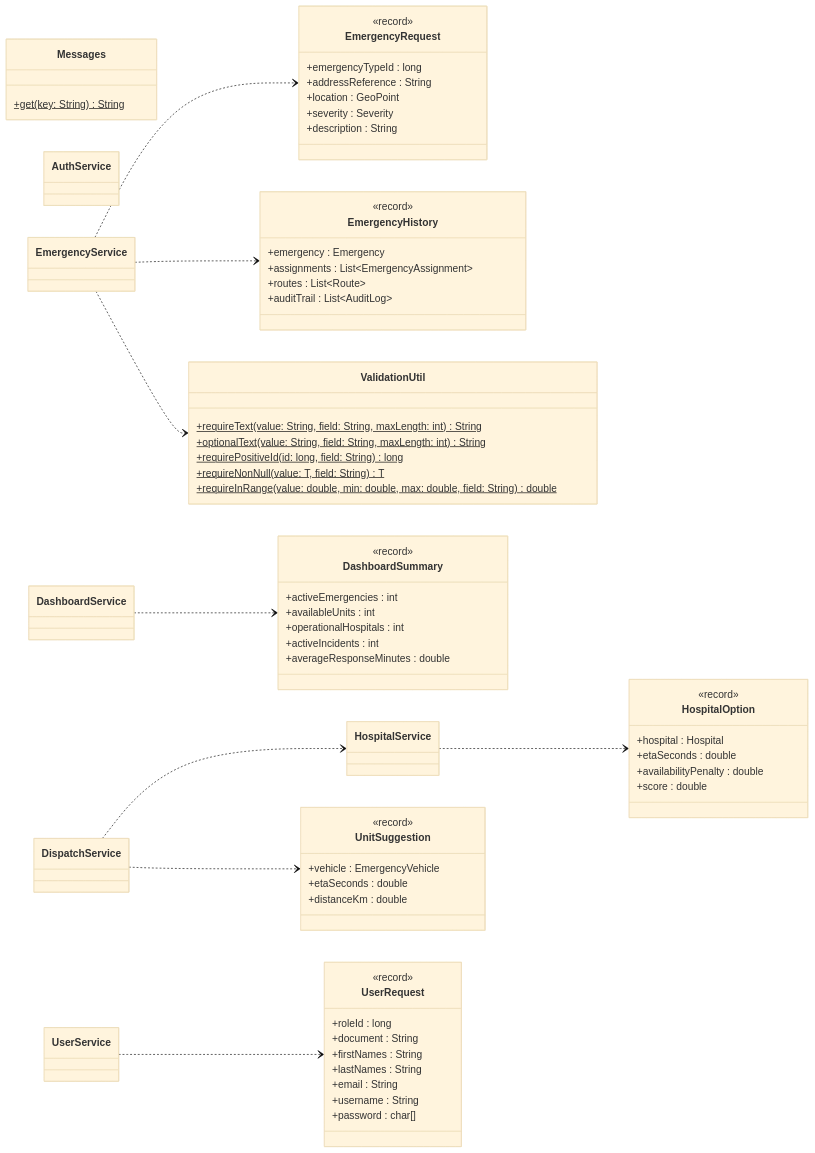
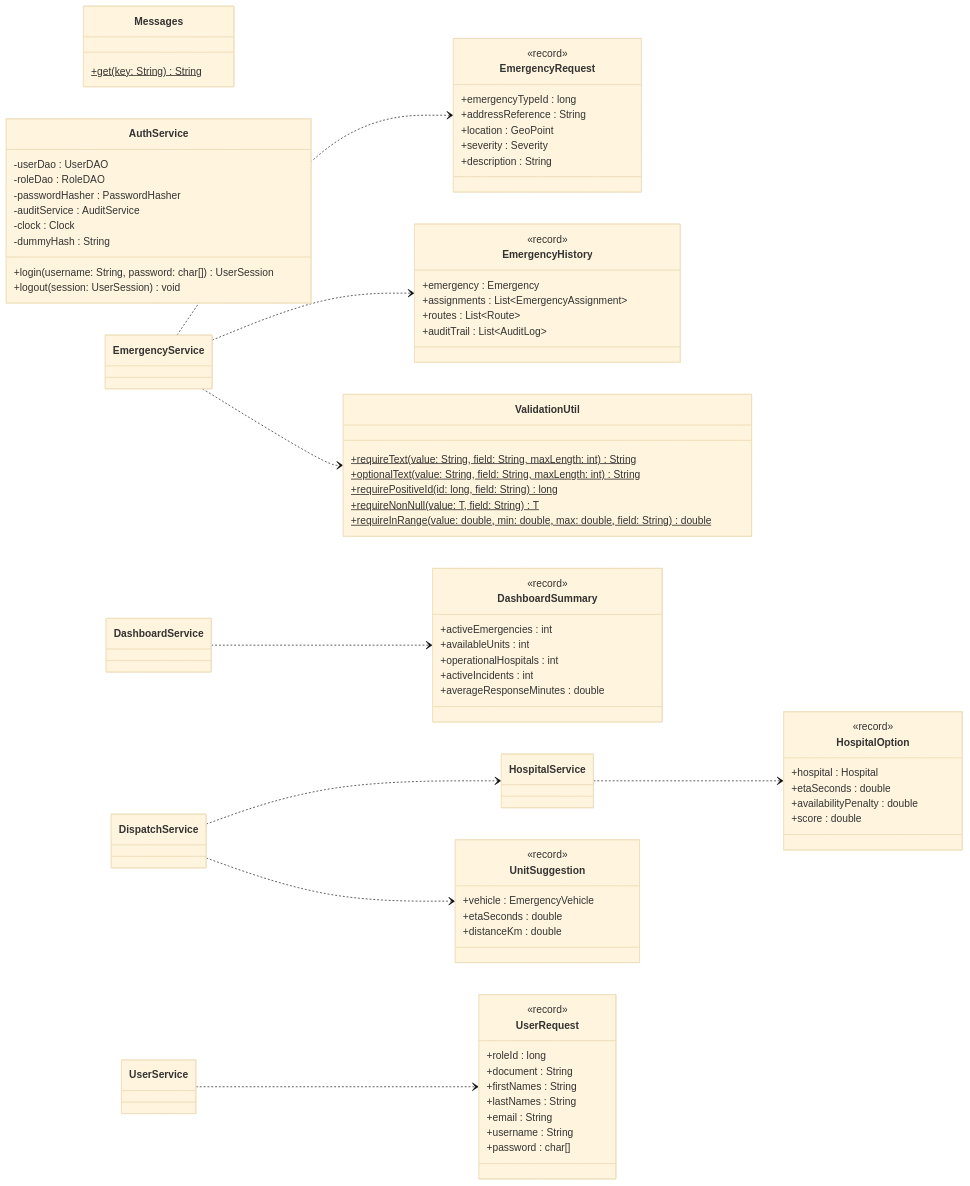
One commit to afzabaleta/RutaVida changed diagram 16 of 22 in docs/class-diagram.md. Above: the diagram before and after it, drawn with Mermaid (base theme). The commit also changed other lines of this file, not shown here.

Commit message:
docs: sync-auth-diagram

```diff
--- a/docs/class-diagram.md
+++ b/docs/class-diagram.md
@@ -1187,7 +1220,18 @@
     class Messages {
         +get(key: String) String$
     }
-    class AuthService
+
+class AuthService {
+    -userDao : UserDAO
+    -roleDao : RoleDAO
+    -passwordHasher : PasswordHasher
+    -auditService : AuditService
+    -clock : Clock
+    -dummyHash : String
+    +login(username: String, password: char[]) UserSession
+    +logout(session: UserSession) void
+}
+
     class UserService
     class EmergencyService
     class DispatchService
```
